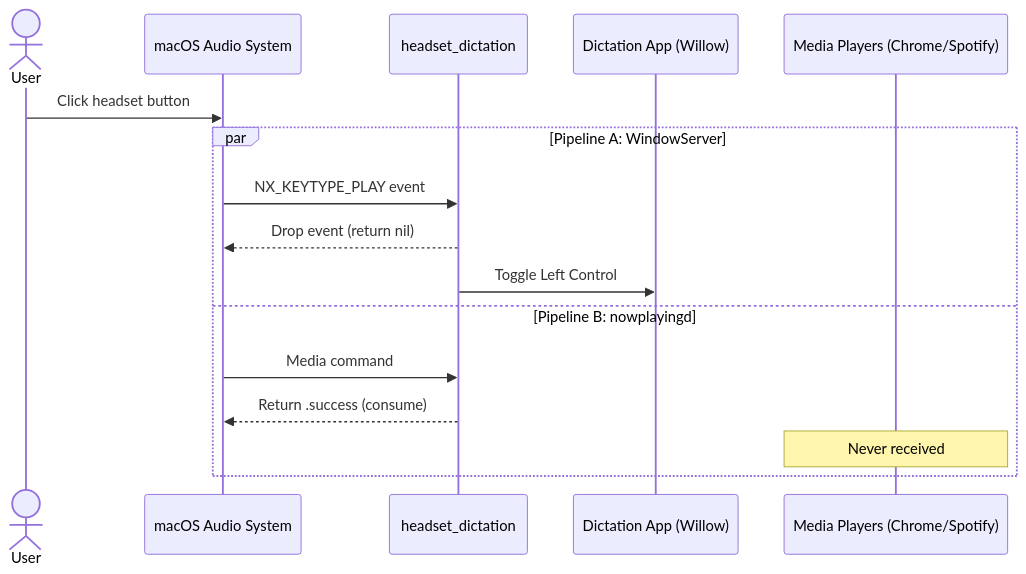
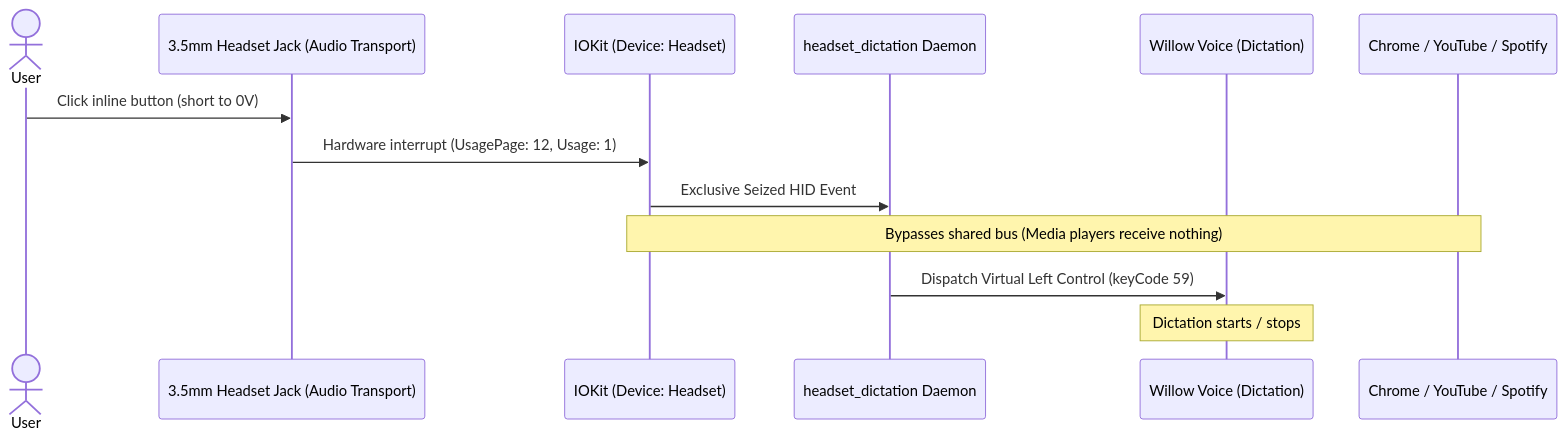
One commit to matgCodes/headset-dictation changed the second of 3 diagrams in README.md. Above: the diagram before and after it, drawn with Mermaid. The commit also changed other lines of this file, not shown here.

Commit message:
docs: add hardware transport isolation and IOKit seize architecture Mermaid diagrams

````diff
--- a/README.md
+++ b/README.md
@@ -104,19 +124,16 @@
 ```mermaid
 sequenceDiagram
     actor User
-    participant OS as macOS Audio System
-    participant Daemon as headset_dictation
-    participant Dictation as Dictation App (Willow)
-    participant Media as Media Players (Chrome/Spotify)
+    participant HW as 3.5mm Headset Jack (Audio Transport)
+    participant IOKit as IOKit (Device: Headset)
+    participant Daemon as headset_dictation Daemon
+    participant Dictation as Willow Voice (Dictation)
+    participant Media as Chrome / YouTube / Spotify
 
-    User->>OS: Click headset button
-    par Pipeline A: WindowServer
-        OS->>Daemon: NX_KEYTYPE_PLAY event
-        Daemon-->>OS: Drop event (return nil)
-        Daemon->>Dictation: Toggle Left Control
-    and Pipeline B: nowplayingd
-        OS->>Daemon: Media command
-        Daemon-->>OS: Return .success (consume)
-        Note over Media: Never received
-    end
+    User->>HW: Click inline button (short to 0V)
+    HW->>IOKit: Hardware interrupt (UsagePage: 12, Usage: 1)
+    IOKit->>Daemon: Exclusive Seized HID Event
+    Note over IOKit,Media: Bypasses shared bus (Media players receive nothing)
+    Daemon->>Dictation: Dispatch Virtual Left Control (keyCode 59)
+    Note over Dictation: Dictation starts / stops
 ```
````
